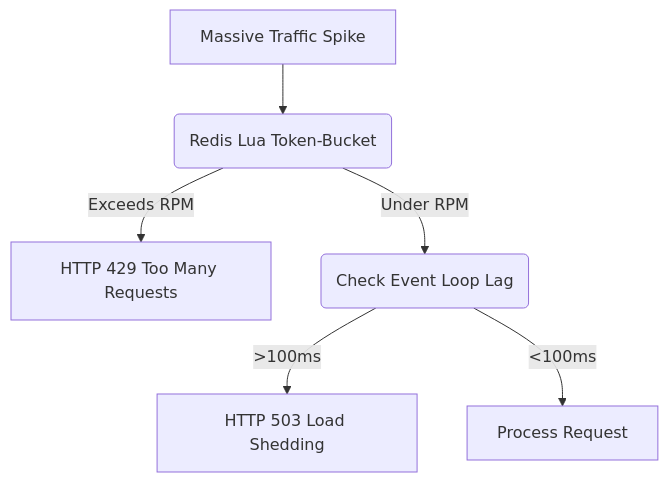
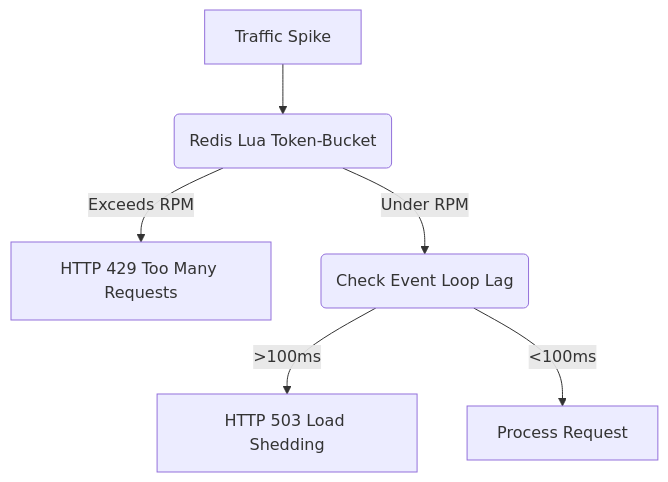
One commit to ninadphalak/LLM-Shield-Proxy changed the diagram in website/docs/features/advanced-threat-defense-enterprise-resilience/traffic-engineering-resiliency.md. Above: the diagram before and after it, drawn with Mermaid. The commit also changed other lines of this file and 81 other files, not shown here.

````diff
--- a/website/docs/features/advanced-threat-defense-enterprise-resilience/traffic-engineering-resiliency.md
+++ b/website/docs/features/advanced-threat-defense-enterprise-resilience/traffic-engineering-resiliency.md
@@ -16,8 +19,8 @@
 ```mermaid
 flowchart TD
-    A[Massive Traffic Spike] --> B(Redis Lua Token-Bucket)
+    A[Traffic Spike] --> B(Redis Lua Token-Bucket)
     B -->|Exceeds RPM| C[HTTP 429 Too Many Requests]
     B -->|Under RPM| D(Check Event Loop Lag)
     D -->|>100ms| E[HTTP 503 Load Shedding]
     D -->|&lt;100ms| F[Process Request]
 ```
````
